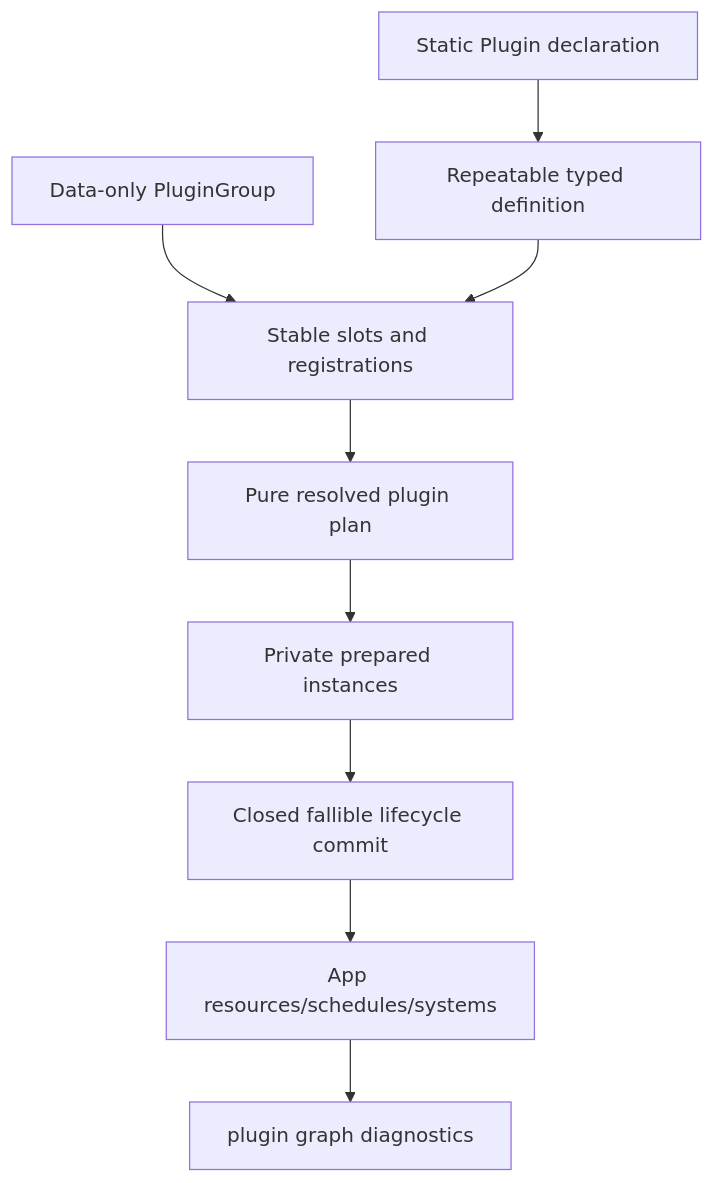
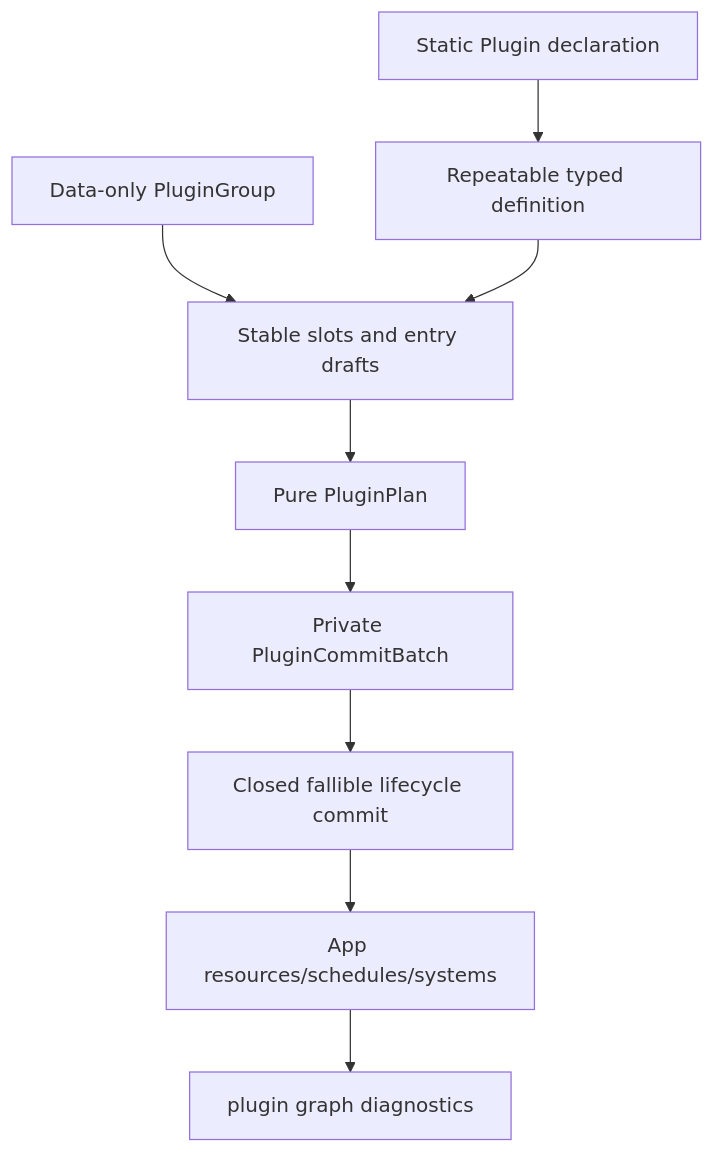
One commit to Latias94/nara changed the diagram in docs/architecture/adr/0046-plugin-metadata-and-default-plugin-groups.md. Above: the diagram before and after it, drawn with Mermaid. The commit also changed other lines of this file and 15 other files, not shown here.

First line of the commit message:
docs(architecture): tighten runtime and authoring interfaces

````diff
--- a/docs/architecture/adr/0046-plugin-metadata-and-default-plugin-groups.md
+++ b/docs/architecture/adr/0046-plugin-metadata-and-default-plugin-groups.md
@@ -29,11 +29,11 @@
 ```mermaid
 flowchart TD
-    Group[Data-only PluginGroup] --> Entries[Stable slots and registrations]
+    Group[Data-only PluginGroup] --> Entries[Stable slots and entry drafts]
     Declaration[Static Plugin declaration] --> Definition[Repeatable typed definition]
     Definition --> Entries
-    Entries --> Plan[Pure resolved plugin plan]
-    Plan --> Prepare[Private prepared instances]
+    Entries --> Plan[Pure PluginPlan]
+    Plan --> Prepare[Private PluginCommitBatch]
     Prepare --> Build[Closed fallible lifecycle commit]
     Build --> App[App resources/schedules/systems]
     App --> Diagnostics[plugin graph diagnostics]
 ```
````
